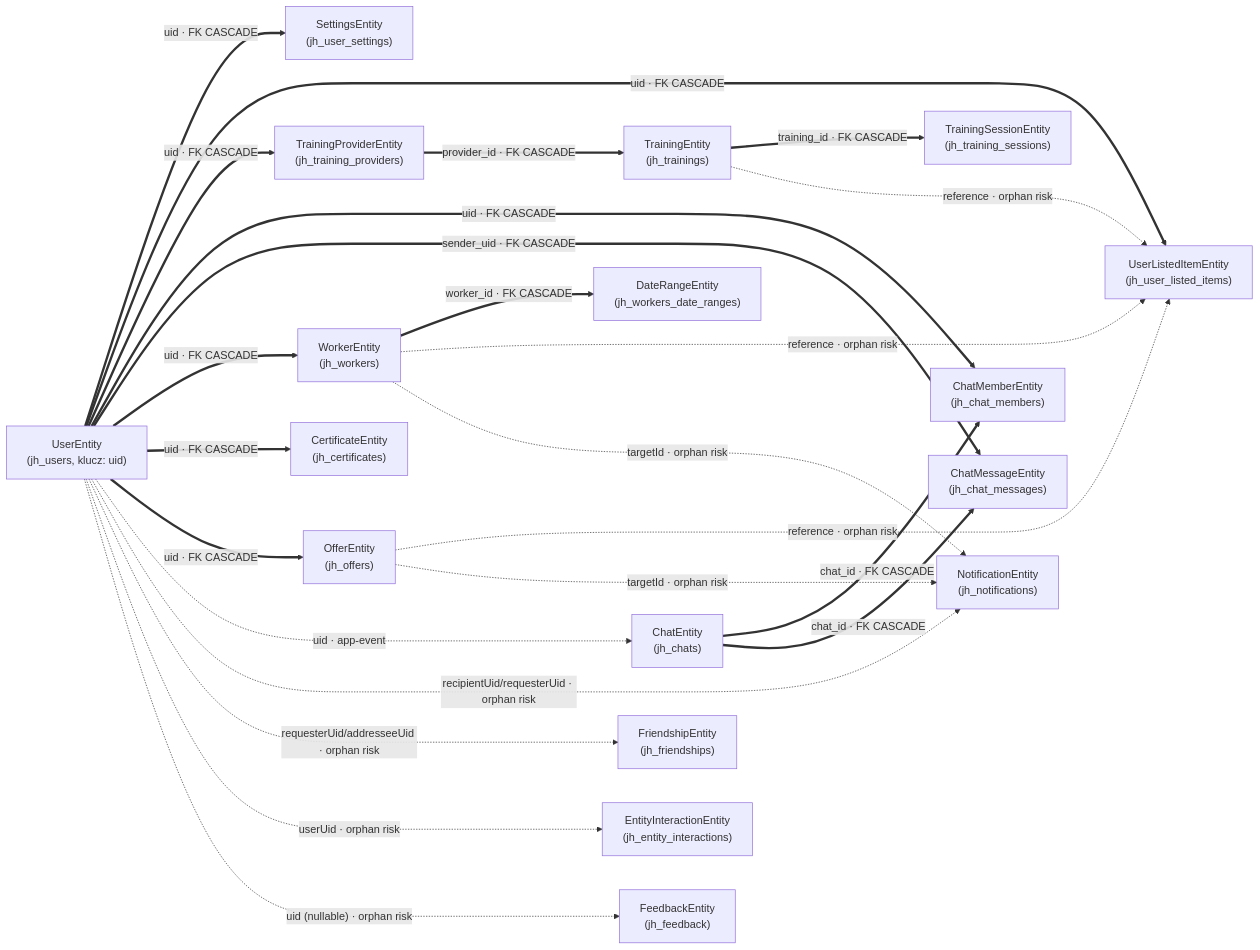
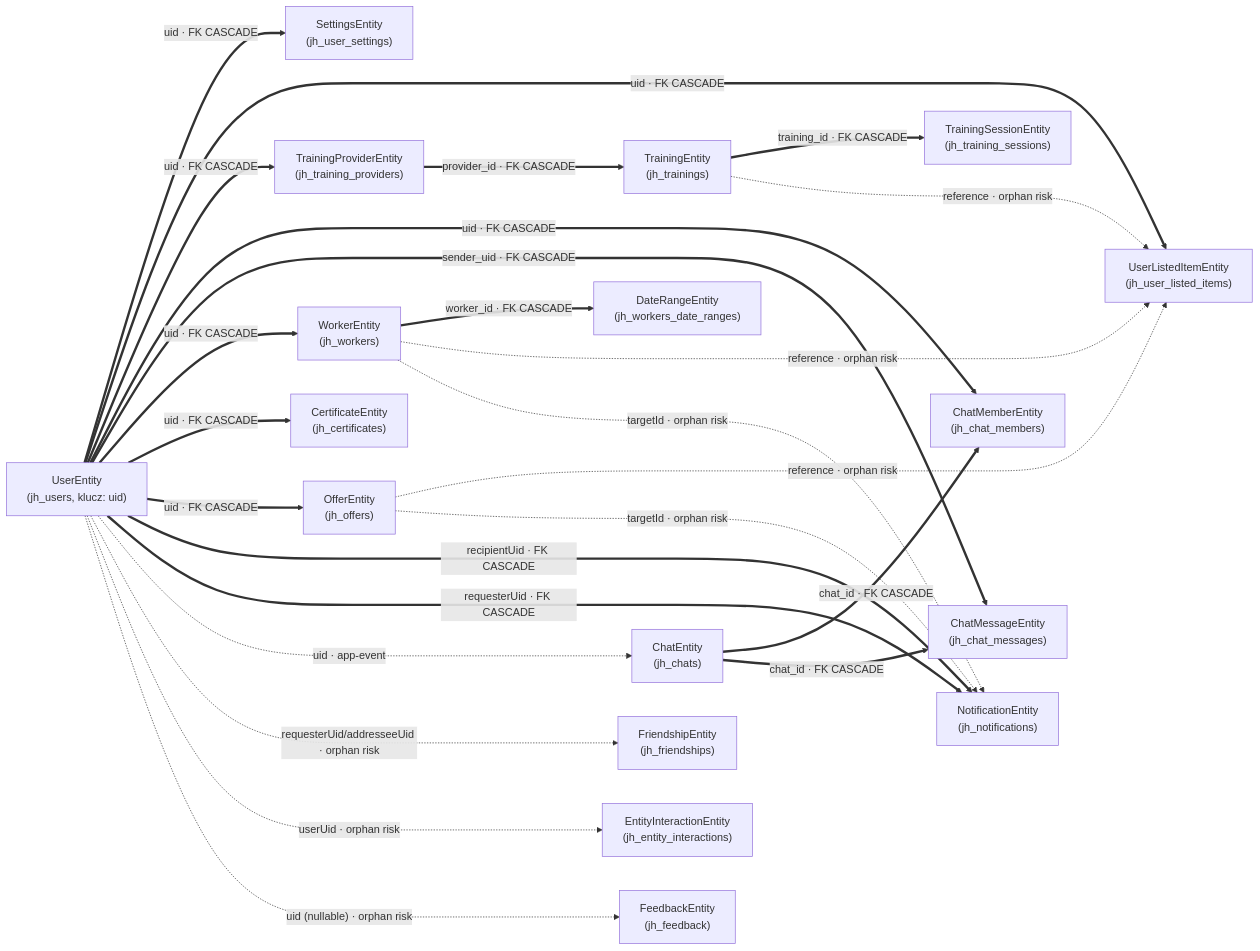
The diagram in docs/entity-relations.md (pawelmat142/frat), drawn with Mermaid before and after one commit. The commit also changed other lines of this file and 4 other files, not shown here.

Commit message:
cascades-fix - chat/notification cascade when delete user - pre delete hook implemented

````diff
--- a/docs/entity-relations.md
+++ b/docs/entity-relations.md
@@ -18,48 +18,49 @@
 ```mermaid
 graph LR
     User["UserEntity<br/>(jh_users, klucz: uid)"]
     Worker["WorkerEntity<br/>(jh_workers)"]
     DateRange["DateRangeEntity<br/>(jh_workers_date_ranges)"]
     Certificate["CertificateEntity<br/>(jh_certificates)"]
     Settings["SettingsEntity<br/>(jh_user_settings)"]
     Listed["UserListedItemEntity<br/>(jh_user_listed_items)"]
     Chat["ChatEntity<br/>(jh_chats)"]
     ChatMember["ChatMemberEntity<br/>(jh_chat_members)"]
     ChatMessage["ChatMessageEntity<br/>(jh_chat_messages)"]
     Offer["OfferEntity<br/>(jh_offers)"]
     Notification["NotificationEntity<br/>(jh_notifications)"]
     Friendship["FriendshipEntity<br/>(jh_friendships)"]
     Interaction["EntityInteractionEntity<br/>(jh_entity_interactions)"]
     Provider["TrainingProviderEntity<br/>(jh_training_providers)"]
     Training["TrainingEntity<br/>(jh_trainings)"]
     Session["TrainingSessionEntity<br/>(jh_training_sessions)"]
     Feedback["FeedbackEntity<br/>(jh_feedback)"]
 
     User =="uid · FK CASCADE"==> Settings
     User =="uid · FK CASCADE"==> Listed
     User =="uid · FK CASCADE"==> Provider
     User =="uid · FK CASCADE"==> ChatMember
     User =="sender_uid · FK CASCADE"==> ChatMessage
     User =="uid · FK CASCADE"==> Worker
     User =="uid · FK CASCADE"==> Certificate
     User =="uid · FK CASCADE"==> Offer
+    User =="recipientUid · FK CASCADE"==> Notification
+    User =="requesterUid · FK CASCADE"==> Notification
     User -."uid · app-event"..-> Chat
-    User -."recipientUid/requesterUid · orphan risk"..-> Notification
     User -."requesterUid/addresseeUid · orphan risk"..-> Friendship
     User -."userUid · orphan risk"..-> Interaction
     User -."uid (nullable) · orphan risk"..-> Feedback
 
     Worker =="worker_id · FK CASCADE"==> DateRange
 
     Provider =="provider_id · FK CASCADE"==> Training
     Training =="training_id · FK CASCADE"==> Session
 
     Chat =="chat_id · FK CASCADE"==> ChatMember
     Chat =="chat_id · FK CASCADE"==> ChatMessage
 
     Offer -."reference · orphan risk"..-> Listed
     Worker -."reference · orphan risk"..-> Listed
     Training -."reference · orphan risk"..-> Listed
     Offer -."targetId · orphan risk"..-> Notification
     Worker -."targetId · orphan risk"..-> Notification
 ```
````
